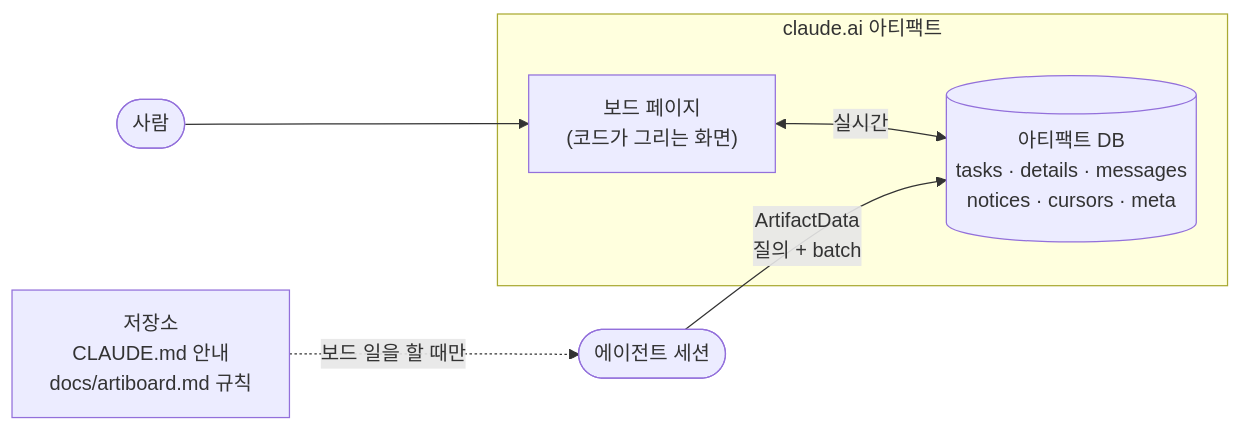
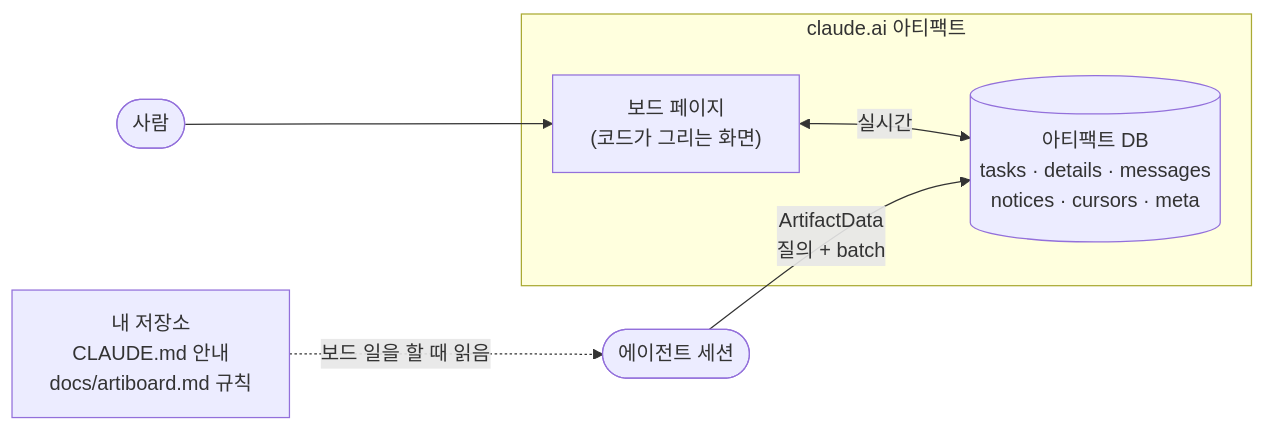
Before and after one commit to yulmucoffee/artiboard: the diagram in README.ko.md, drawn with Mermaid. The commit also changed other lines of this file and 9 other files, not shown here.

````diff
--- a/README.ko.md
+++ b/README.ko.md
@@ -289,11 +237,11 @@
 ```mermaid
 flowchart LR
   subgraph Artifact["claude.ai 아티팩트"]
     Page["보드 페이지<br/>(코드가 그리는 화면)"]
     DB[("아티팩트 DB<br/>tasks · details · messages<br/>notices · cursors · meta")]
     Page <-- 실시간 --> DB
   end
   People(["사람"]) --> Page
   AgentA(["에이전트 세션"]) -- ArtifactData<br/>질의 + batch --> DB
-  Repo["저장소<br/>CLAUDE.md 안내<br/>docs/artiboard.md 규칙"] -. 보드 일을 할 때만 .-> AgentA
+  Repo["내 저장소<br/>CLAUDE.md 안내<br/>docs/artiboard.md 규칙"] -. 보드 일을 할 때 읽음 .-> AgentA
 ```
````
